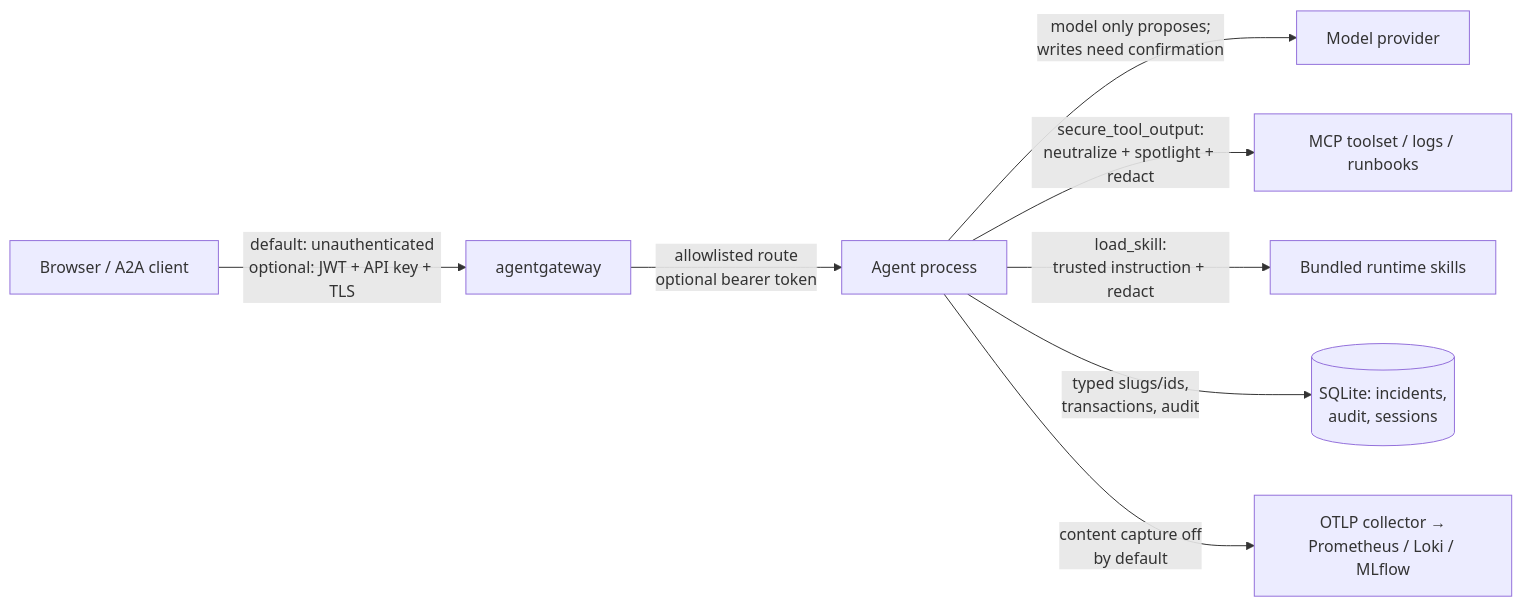
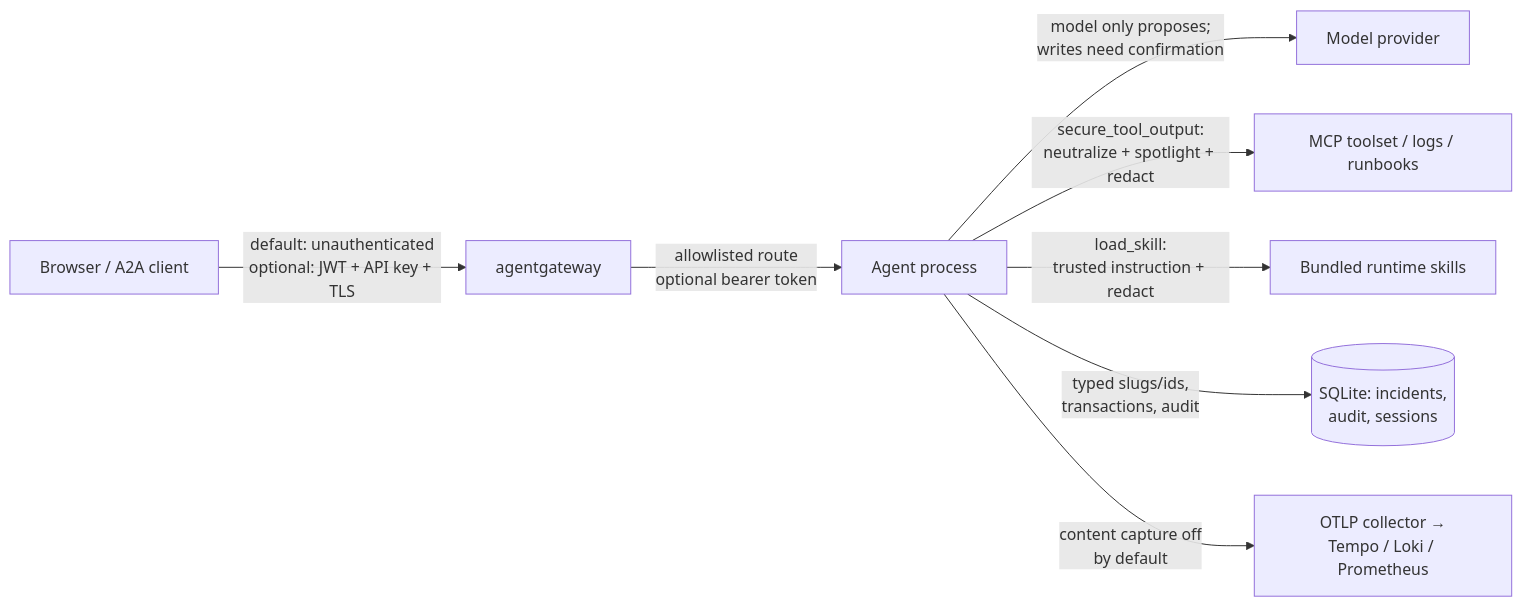
Before and after one commit to LuiGGi629/agentops-open-course: the first of 2 diagrams in content/4. Quality/4.6. Security.md, drawn with Mermaid. The commit also changed other lines of this file and 88 other files, not shown here.

First line of the commit message:
refactor: send traces to Tempo and take MLflow out of the online path

````diff
--- a/content/4. Quality/4.6. Security.md
+++ b/content/4. Quality/4.6. Security.md
@@ -46,19 +46,19 @@
 ```mermaid
 flowchart LR
     client[Browser / A2A client]
     gw[agentgateway]
     agent[Agent process]
     model[Model provider]
     tools[MCP toolset / logs / runbooks]
     skills[Bundled runtime skills]
     store[(SQLite: incidents,<br>audit, sessions)]
-    otel[OTLP collector →<br>Prometheus / Loki / MLflow]
+    otel[OTLP collector →<br>Tempo / Loki / Prometheus]
 
     client -->|"default: unauthenticated<br>optional: JWT + API key + TLS"| gw
     gw -->|"allowlisted route<br>optional bearer token"| agent
     agent -->|"model only proposes;<br>writes need confirmation"| model
     agent -->|"secure_tool_output:<br>neutralize + spotlight + redact"| tools
     agent -->|"load_skill:<br>trusted instruction + redact"| skills
     agent -->|"typed slugs/ids,<br>transactions, audit"| store
     agent -->|"content capture off<br>by default"| otel
 ```
````
